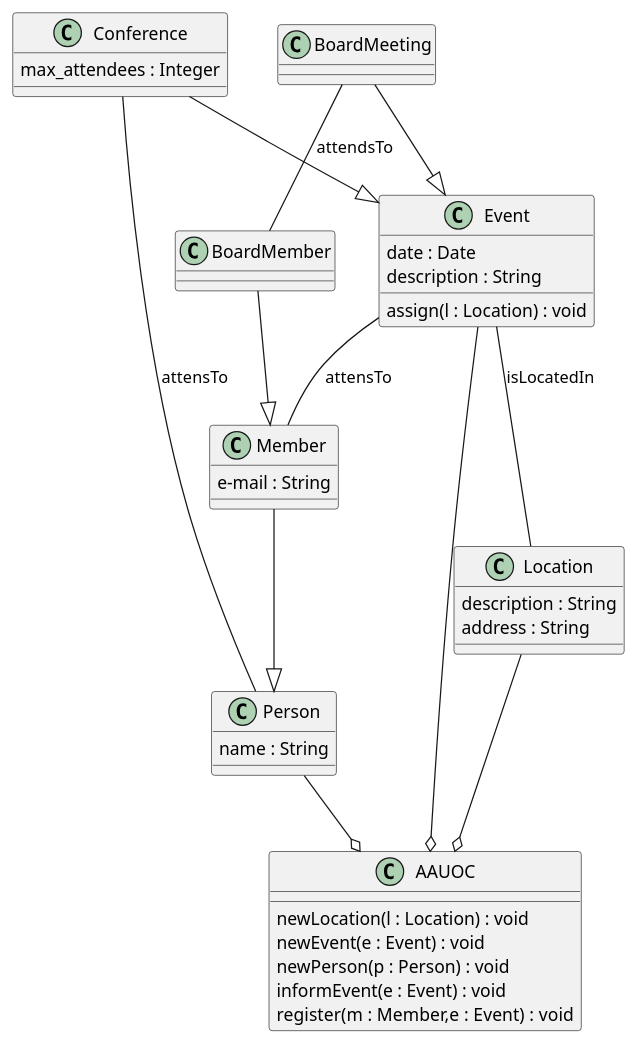
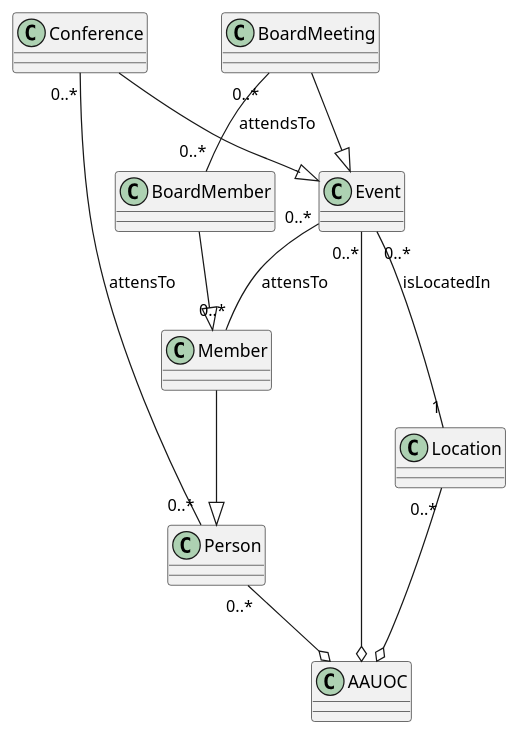
The diagram in src/Test.puml (erentitan4512/UMLclases_CarlosArroyoGalan), drawn with PlantUML before and after one commit.

Commit message:
fifth commit

```diff
--- a/src/Test.puml
+++ b/src/Test.puml
@@ -1,44 +1,31 @@
 @startuml
 
 class Event{
- date : Date
- description : String
- assign(l : Location) : void
 }
 class Conference{
- max_attendees : Integer
 }
 class BoardMeeting{
 }
 class Member{
- e-mail : String
 }
 class BoardMember{
 }
 class Location{
-description : String
-address : String
 }
 class Person{
-name : String
 }
 class AAUOC{
-newLocation(l : Location) : void
- newEvent(e : Event) : void
- newPerson(p : Person) : void
- informEvent(e : Event) : void
- register(m : Member,e : Event) : void
 }
 
-Conference -- Person : attensTo
+Conference "0..*"--"0..*" Person : attensTo
 Conference --^Event
 BoardMeeting --^Event
-BoardMeeting -- BoardMember : attendsTo
+BoardMeeting "0..*"-- "0..*"BoardMember : attendsTo
 BoardMember --^ Member
-Event -- Location : isLocatedIn
-Event -- Member : attensTo
+Event "0..*"--"1" Location : isLocatedIn
+Event "0..*"--"0..*" Member : attensTo
 Member --^ Person
-Person --o AAUOC
-Location --o AAUOC
-Event --o AAUOC
+Person "0..*"--o AAUOC
+Location "0..*" --o AAUOC
+Event "0..*"--o AAUOC
 @enduml
```
